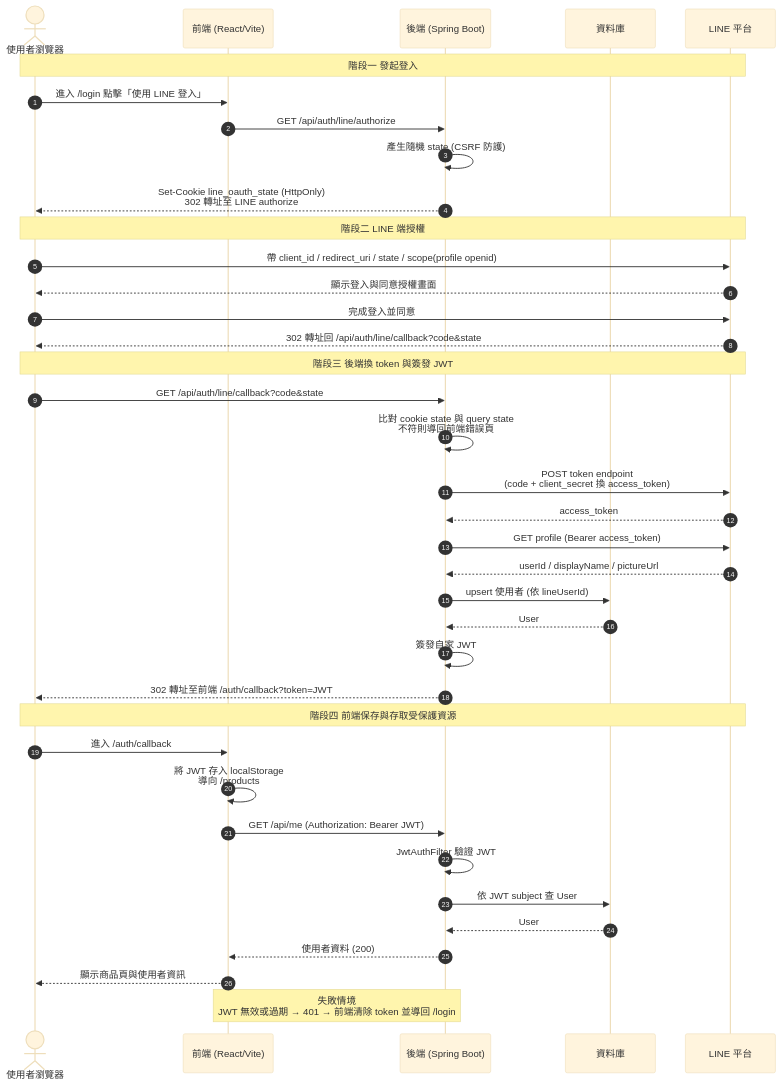
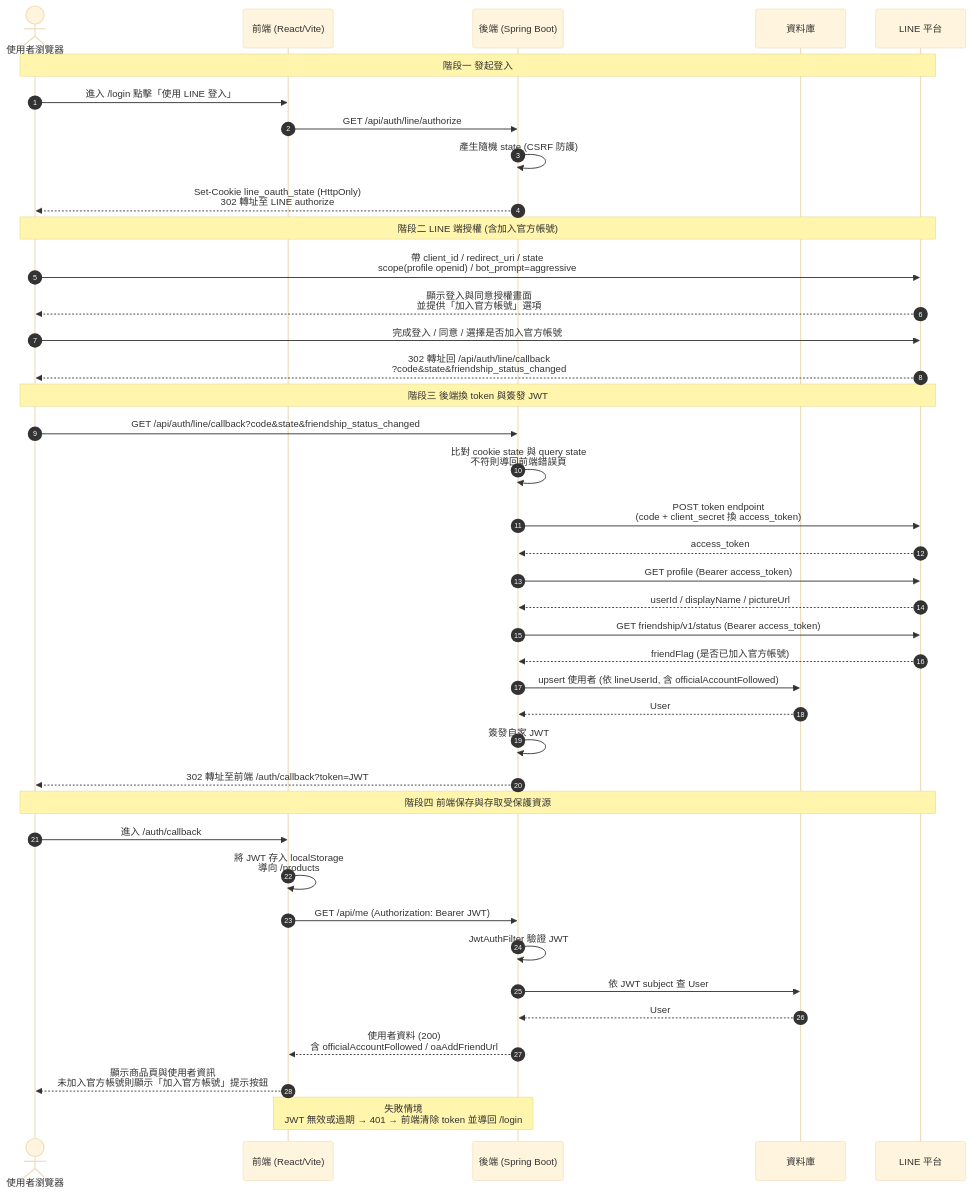
The diagram in line-oauth-flow.mmd (zoooeKao/line-oauth2.0), drawn with Mermaid (base theme) before and after one commit. The commit also changed 3 other files, not shown here.

```diff
--- a/line-oauth-flow.mmd
+++ b/line-oauth-flow.mmd
@@ -1,43 +1,45 @@
 sequenceDiagram
     autonumber
     actor U as 使用者瀏覽器
     participant FE as 前端 (React/Vite)
     participant BE as 後端 (Spring Boot)
     participant DB as 資料庫
     participant LINE as LINE 平台
 
     Note over U,LINE: 階段一 發起登入
     U->>FE: 進入 /login 點擊「使用 LINE 登入」
     FE->>BE: GET /api/auth/line/authorize
     BE->>BE: 產生隨機 state (CSRF 防護)
     BE-->>U: Set-Cookie line_oauth_state (HttpOnly)<br/>302 轉址至 LINE authorize
 
-    Note over U,LINE: 階段二 LINE 端授權
-    U->>LINE: 帶 client_id / redirect_uri / state / scope(profile openid)
-    LINE-->>U: 顯示登入與同意授權畫面
-    U->>LINE: 完成登入並同意
-    LINE-->>U: 302 轉址回 /api/auth/line/callback?code&state
+    Note over U,LINE: 階段二 LINE 端授權 (含加入官方帳號)
+    U->>LINE: 帶 client_id / redirect_uri / state<br/>scope(profile openid) / bot_prompt=aggressive
+    LINE-->>U: 顯示登入與同意授權畫面<br/>並提供「加入官方帳號」選項
+    U->>LINE: 完成登入 / 同意 / 選擇是否加入官方帳號
+    LINE-->>U: 302 轉址回 /api/auth/line/callback<br/>?code&state&friendship_status_changed
 
     Note over U,LINE: 階段三 後端換 token 與簽發 JWT
-    U->>BE: GET /api/auth/line/callback?code&state
+    U->>BE: GET /api/auth/line/callback?code&state&friendship_status_changed
     BE->>BE: 比對 cookie state 與 query state<br/>不符則導回前端錯誤頁
     BE->>LINE: POST token endpoint<br/>(code + client_secret 換 access_token)
     LINE-->>BE: access_token
     BE->>LINE: GET profile (Bearer access_token)
     LINE-->>BE: userId / displayName / pictureUrl
-    BE->>DB: upsert 使用者 (依 lineUserId)
+    BE->>LINE: GET friendship/v1/status (Bearer access_token)
+    LINE-->>BE: friendFlag (是否已加入官方帳號)
+    BE->>DB: upsert 使用者 (依 lineUserId, 含 officialAccountFollowed)
     DB-->>BE: User
     BE->>BE: 簽發自家 JWT
     BE-->>U: 302 轉址至前端 /auth/callback?token=JWT
 
     Note over U,LINE: 階段四 前端保存與存取受保護資源
     U->>FE: 進入 /auth/callback
     FE->>FE: 將 JWT 存入 localStorage<br/>導向 /products
     FE->>BE: GET /api/me (Authorization: Bearer JWT)
     BE->>BE: JwtAuthFilter 驗證 JWT
     BE->>DB: 依 JWT subject 查 User
     DB-->>BE: User
-    BE-->>FE: 使用者資料 (200)
-    FE-->>U: 顯示商品頁與使用者資訊
+    BE-->>FE: 使用者資料 (200)<br/>含 officialAccountFollowed / oaAddFriendUrl
+    FE-->>U: 顯示商品頁與使用者資訊<br/>未加入官方帳號則顯示「加入官方帳號」提示按鈕
 
     Note over FE,BE: 失敗情境<br/>JWT 無效或過期 → 401 → 前端清除 token 並導回 /login
```
